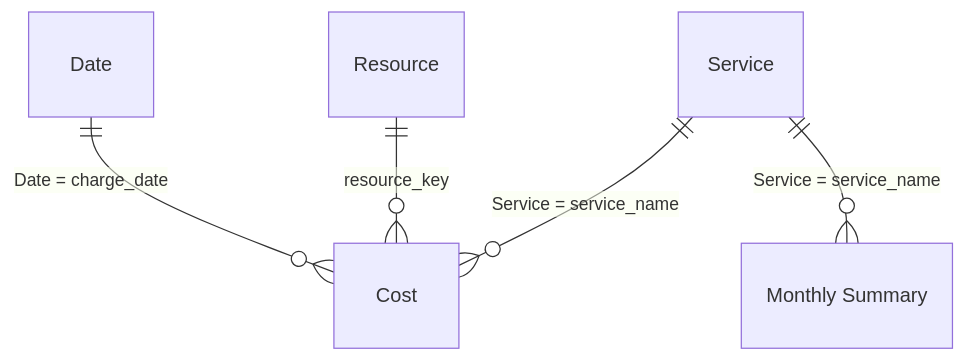
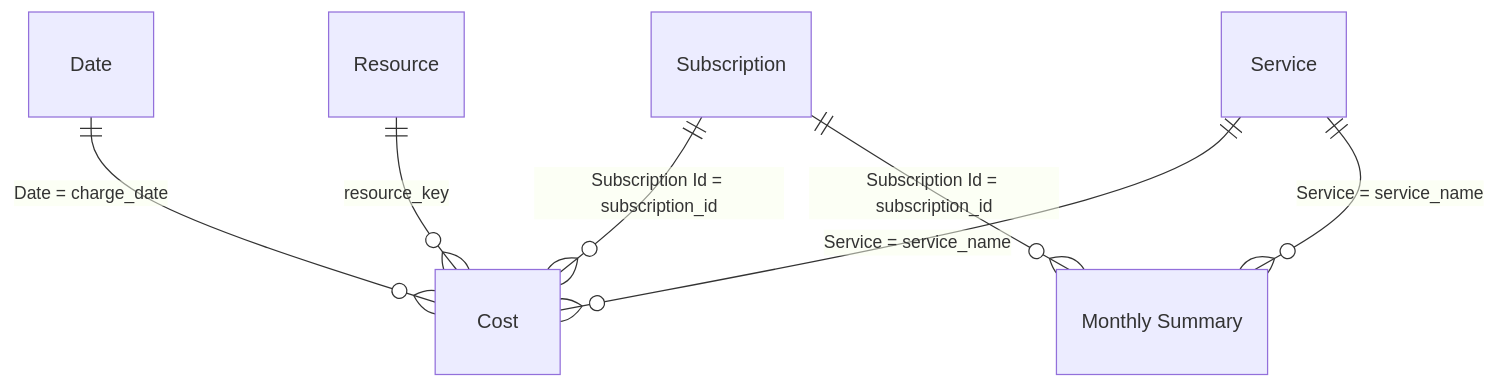
One commit to senem101/azure-cost-to-fabric changed the diagram in docs/05-power-bi-rapor.md. Above: the diagram before and after it, drawn with Mermaid. The commit also changed other lines of this file and 18 other files, not shown here.

First line of the commit message:
Add multi-subscription and billing-scope cost export support

````diff
--- a/docs/05-power-bi-rapor.md
+++ b/docs/05-power-bi-rapor.md
@@ -7,7 +7,9 @@
 ```mermaid
 erDiagram
     Date ||--o{ Cost : "Date = charge_date"
+    Subscription ||--o{ Cost : "Subscription Id = subscription_id"
     Resource ||--o{ Cost : "resource_key"
     Service ||--o{ Cost : "Service = service_name"
+    Subscription ||--o{ "Monthly Summary" : "Subscription Id = subscription_id"
     Service ||--o{ "Monthly Summary" : "Service = service_name"
 ```
````
